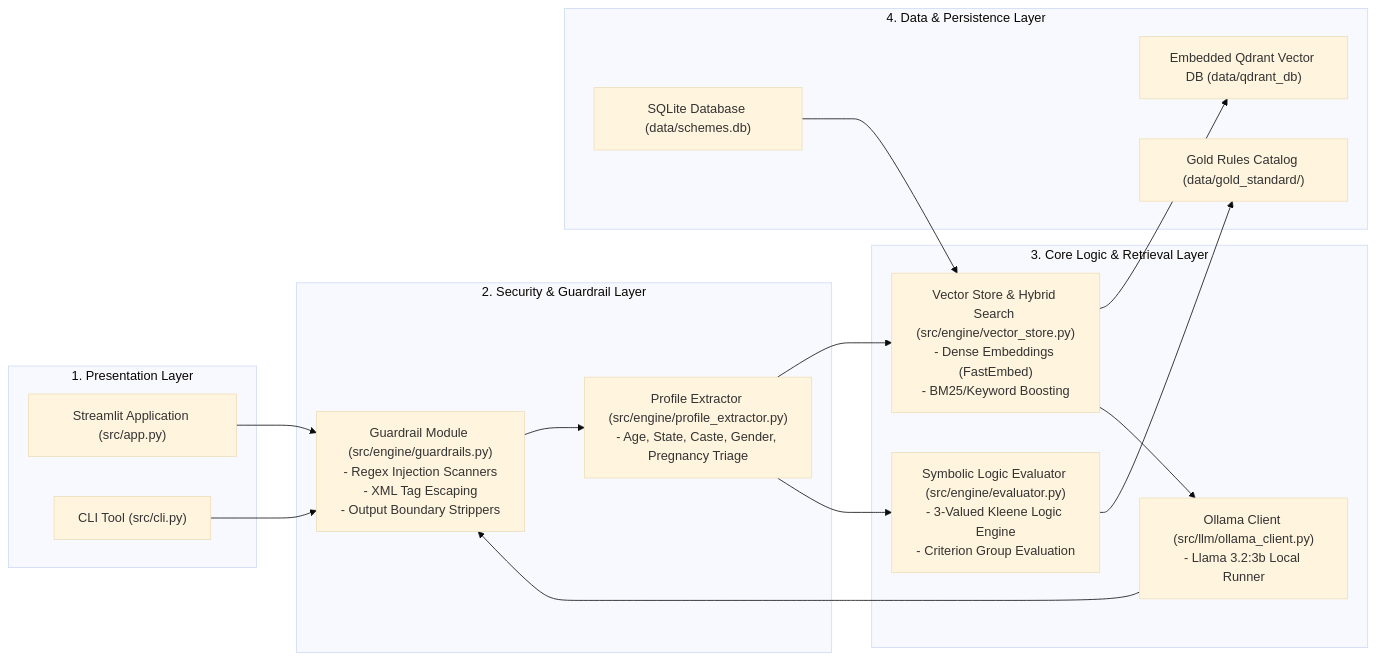
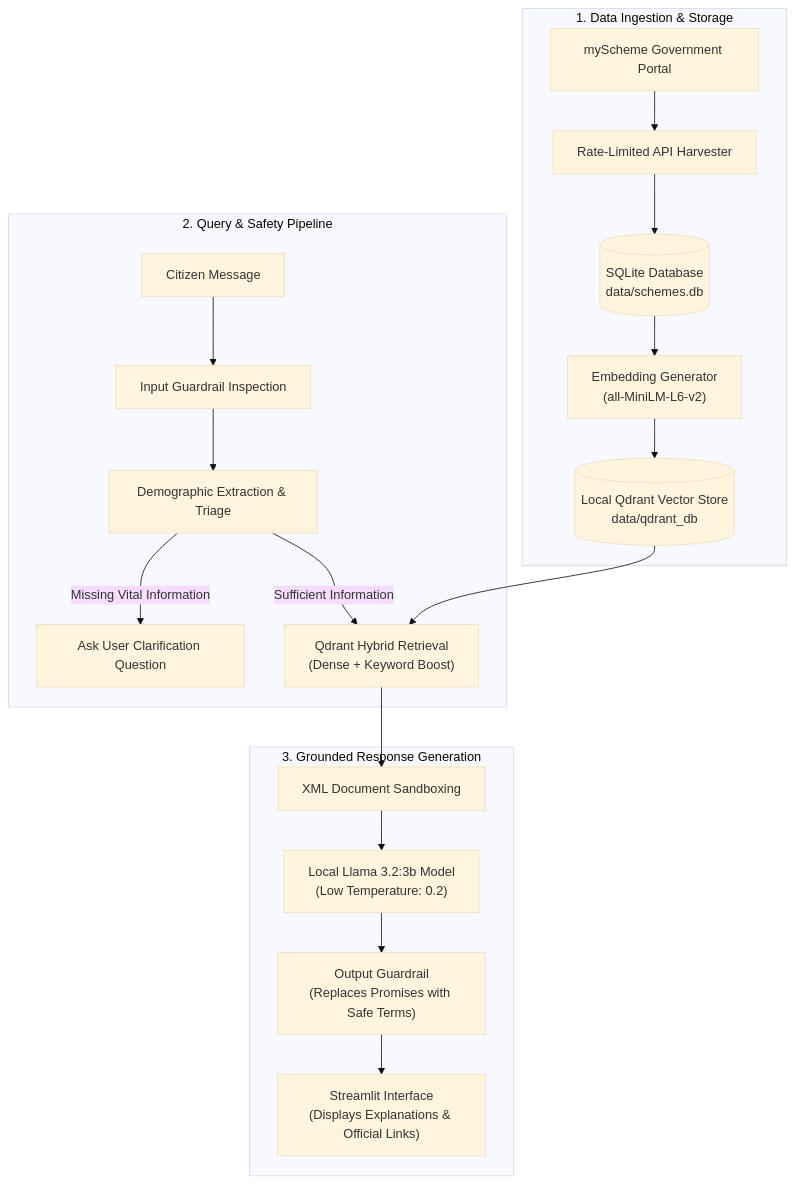
Before and after one commit to AdinotAadi/scheme-finder-chatbot: the second of 4 diagrams in Docs/architecture/ARCHITECTURE.md, drawn with Mermaid (base theme). The commit also changed other lines of this file and 1 other file, not shown here.

Commit message:
docs: rewrite documentation according to Simplified Technical English standards and Clean Architecture

````diff
--- a/Docs/architecture/ARCHITECTURE.md
+++ b/Docs/architecture/ARCHITECTURE.md
@@ -74,35 +82,24 @@
 ```mermaid
-flowchart LR
-    subgraph ClientLayer ["1. Presentation Layer"]
-        WebUI["Streamlit Application (src/app.py)"]
-        CLI["CLI Tool (src/cli.py)"]
+flowchart TD
+    subgraph DataPipeline ["1. Data Ingestion & Storage"]
+        RawData["myScheme Government Portal"] --> Ingestion["Rate-Limited API Harvester"]
+        Ingestion --> LocalDB[("SQLite Database\ndata/schemes.db")]
+        LocalDB --> FastEmbed["Embedding Generator\n(all-MiniLM-L6-v2)"]
+        FastEmbed --> Qdrant[("Local Qdrant Vector Store\ndata/qdrant_db")]
     end
 
-    subgraph GuardLayer ["2. Security & Guardrail Layer"]
-        Guard["Guardrail Module (src/engine/guardrails.py)\n- Regex Injection Scanners\n- XML Tag Escaping\n- Output Boundary Strippers"]
-        Extractor["Profile Extractor (src/engine/profile_extractor.py)\n- Age, State, Caste, Gender, Pregnancy Triage"]
+    subgraph RuntimePipeline ["2. Query & Safety Pipeline"]
+        CitizenInput["Citizen Message"] --> GuardrailCheck["Input Guardrail Inspection"]
+        GuardrailCheck --> DemographicCheck["Demographic Extraction & Triage"]
+        DemographicCheck -- Missing Vital Information --> ClarifyUser["Ask User Clarification Question"]
+        DemographicCheck -- Sufficient Information --> HybridSearch["Qdrant Hybrid Retrieval\n(Dense + Keyword Boost)"]
+        Qdrant --> HybridSearch
     end
 
-    subgraph CoreLayer ["3. Core Logic & Retrieval Layer"]
-        Eval["Symbolic Logic Evaluator (src/engine/evaluator.py)\n- 3-Valued Kleene Logic Engine\n- Criterion Group Evaluation"]
-        VStore["Vector Store & Hybrid Search (src/engine/vector_store.py)\n- Dense Embeddings (FastEmbed)\n- BM25/Keyword Boosting"]
-        LLMClient["Ollama Client (src/llm/ollama_client.py)\n- Llama 3.2:3b Local Runner"]
+    subgraph GenerationPipeline ["3. Grounded Response Generation"]
+        HybridSearch --> ContextBuilder["XML Document Sandboxing"]
+        ContextBuilder --> LocalLlama["Local Llama 3.2:3b Model\n(Low Temperature: 0.2)"]
+        LocalLlama --> OutputFilter["Output Guardrail\n(Replaces Promises with Safe Terms)"]
+        OutputFilter --> WebInterface["Streamlit Interface\n(Displays Explanations & Official Links)"]
     end
-
-    subgraph DataLayer ["4. Data & Persistence Layer"]
-        Qdrant["Embedded Qdrant Vector DB (data/qdrant_db)"]
-        RelationalDB["SQLite Database (data/schemes.db)"]
-        GoldStandard["Gold Rules Catalog (data/gold_standard/)"]
-    end
-
-    WebUI --> Guard
-    CLI --> Guard
-    Guard --> Extractor
-    Extractor --> VStore
-    Extractor --> Eval
-    VStore --> Qdrant
-    Eval --> GoldStandard
-    VStore --> LLMClient
-    LLMClient --> Guard
-    RelationalDB --> VStore
 ```
````
